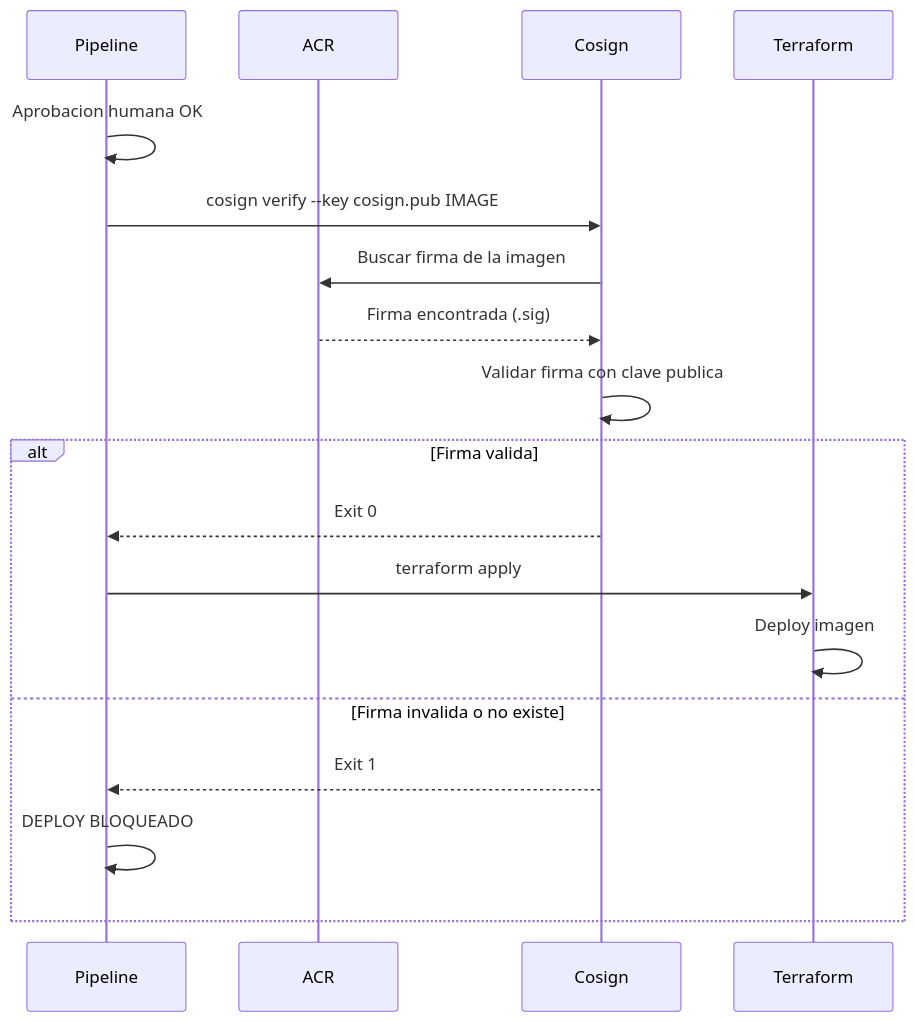
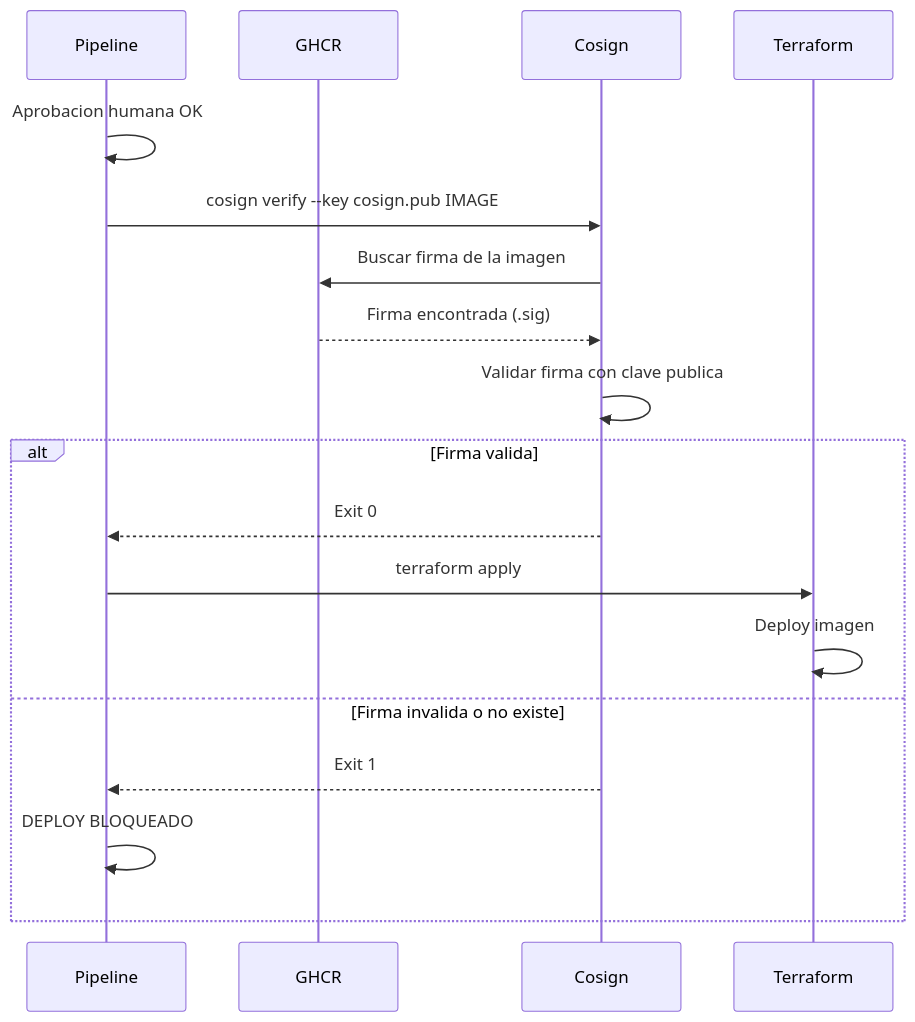
One commit to jhonsanchez/workshop-devsecops-pipelines changed the diagram in docs/lab10-deploy/step2.md. Above: the diagram before and after it, drawn with Mermaid. The commit also changed other lines of this file and 52 other files, not shown here.

````diff
--- a/docs/lab10-deploy/step2.md
+++ b/docs/lab10-deploy/step2.md
@@ -286,22 +286,22 @@
 ```mermaid
 sequenceDiagram
     participant Pipeline
-    participant ACR
+    participant GHCR
     participant Cosign
     participant Terraform
 
     Pipeline->>Pipeline: Aprobacion humana OK
     Pipeline->>Cosign: cosign verify --key cosign.pub IMAGE
-    Cosign->>ACR: Buscar firma de la imagen
-    ACR-->>Cosign: Firma encontrada (.sig)
+    Cosign->>GHCR: Buscar firma de la imagen
+    GHCR-->>Cosign: Firma encontrada (.sig)
     Cosign->>Cosign: Validar firma con clave publica
 
     alt Firma valida
         Cosign-->>Pipeline: Exit 0
         Pipeline->>Terraform: terraform apply
         Terraform->>Terraform: Deploy imagen
     else Firma invalida o no existe
         Cosign-->>Pipeline: Exit 1
         Pipeline->>Pipeline: DEPLOY BLOQUEADO
     end
 ```
````
